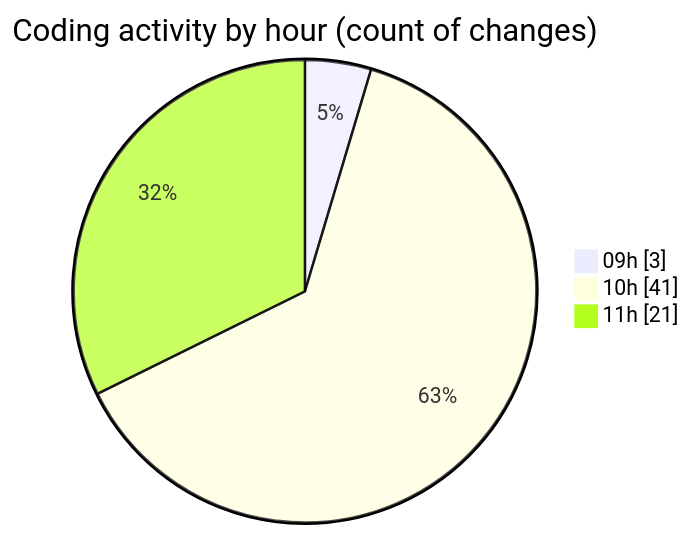
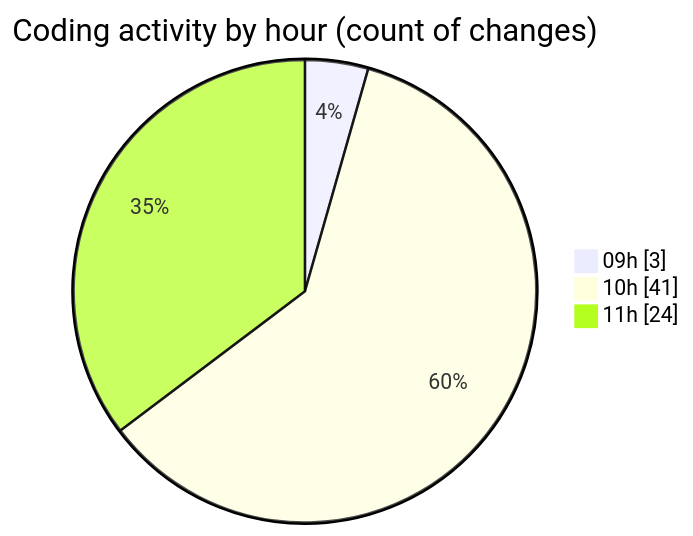
The second of 2 diagrams in 2025-05-19/ecodeli-1/README.md (CELIANVF/code-tracking), drawn with Mermaid before and after one commit. The commit also changed other lines of this file and 1 other file, not shown here.

````diff
--- a/2025-05-19/ecodeli-1/README.md
+++ b/2025-05-19/ecodeli-1/README.md
@@ -46,7 +48,7 @@
 ```mermaid
 pie showData
 title Coding activity by hour (count of changes)
 "09h" : 3
 "10h" : 41
-"11h" : 21
+"11h" : 24
 ```
````
